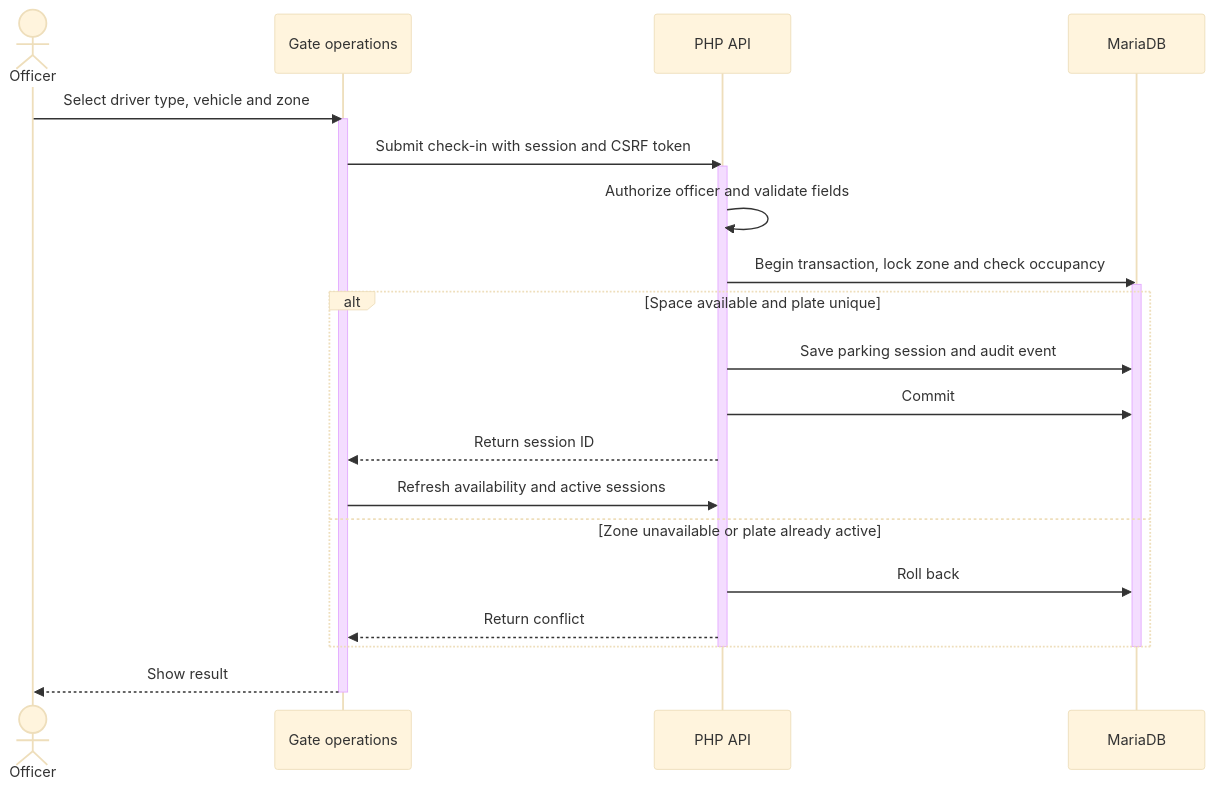
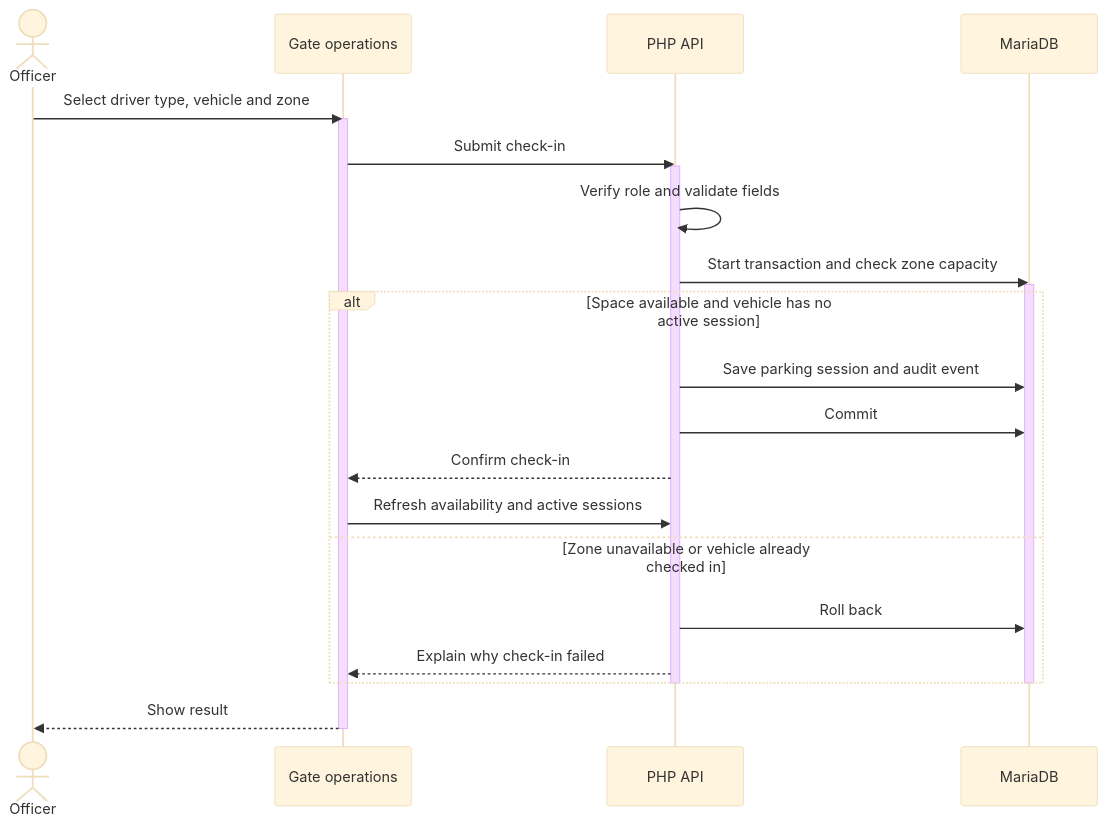
Before and after one commit to davisyegon-lab/car-park-system: the second of 2 diagrams in README.md, drawn with Mermaid (base theme). The commit also changed other lines of this file, not shown here.

````diff
--- a/README.md
+++ b/README.md
@@ -113,27 +100,27 @@
 ```mermaid
 sequenceDiagram
     actor Officer
     participant Gate as Gate operations
     participant API as PHP API
     participant DB as MariaDB
     Officer->>Gate: Select driver type, vehicle and zone
     activate Gate
-    Gate->>API: Submit check-in with session and CSRF token
+    Gate->>API: Submit check-in
     activate API
-    API->>API: Authorize officer and validate fields
-    API->>DB: Begin transaction, lock zone and check occupancy
+    API->>API: Verify role and validate fields
+    API->>DB: Start transaction and check zone capacity
     activate DB
-    alt Space available and plate unique
+    alt Space available and vehicle has no active session
         API->>DB: Save parking session and audit event
         API->>DB: Commit
-        API-->>Gate: Return session ID
+        API-->>Gate: Confirm check-in
         Gate->>API: Refresh availability and active sessions
-    else Zone unavailable or plate already active
+    else Zone unavailable or vehicle already checked in
         API->>DB: Roll back
-        API-->>Gate: Return conflict
+        API-->>Gate: Explain why check-in failed
     end
     deactivate DB
     deactivate API
     Gate-->>Officer: Show result
     deactivate Gate
 ```
````
